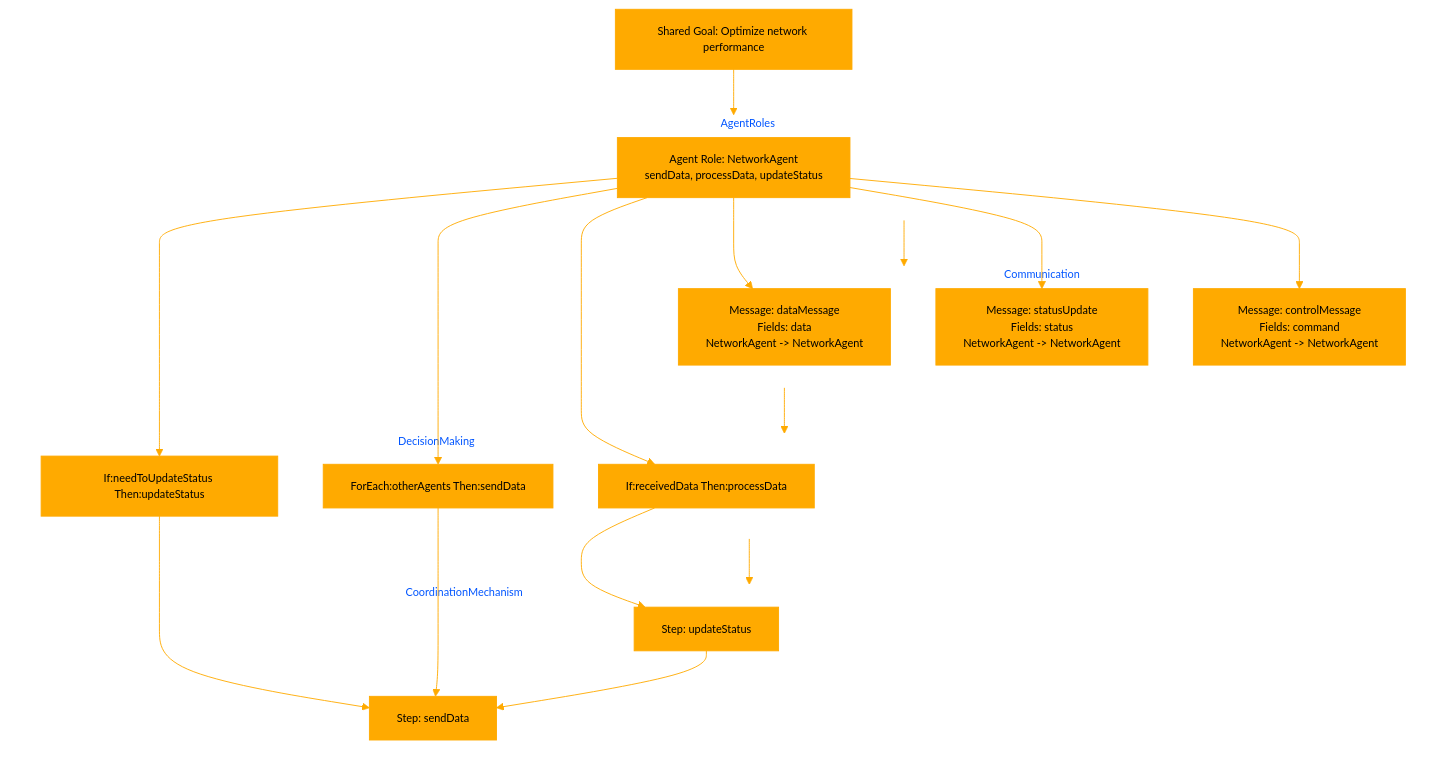
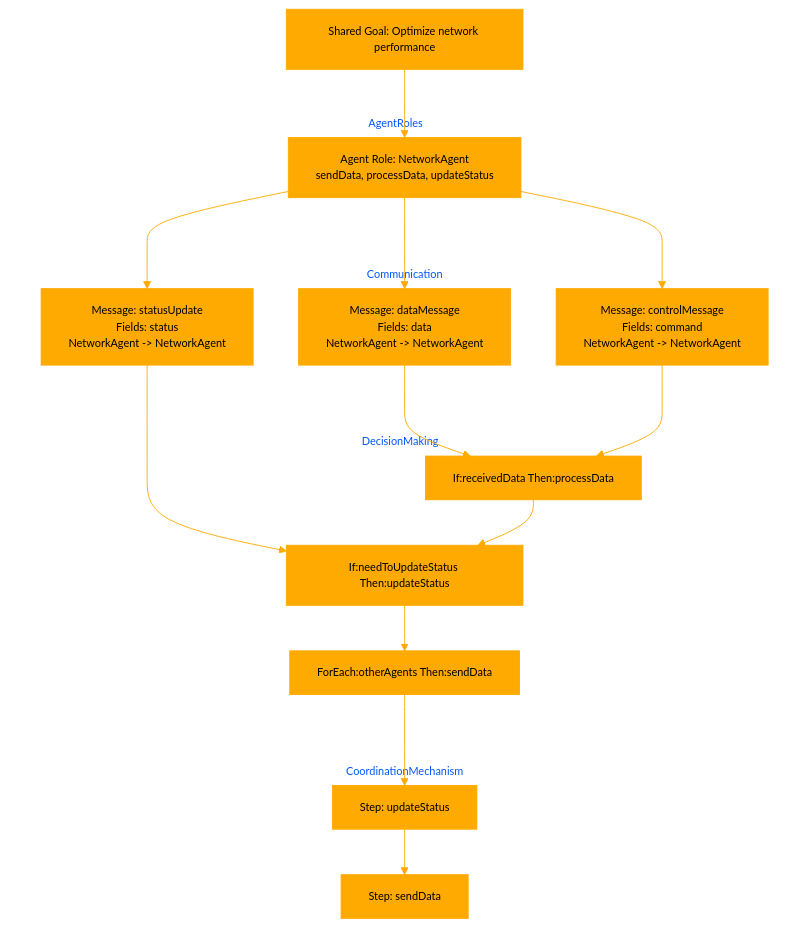
One commit to EveryOneIsGross/GPTs changed the diagram in flowCONSTRUCT.md. Above: the diagram before and after it, drawn with Mermaid.

````diff
--- a/flowCONSTRUCT.md
+++ b/flowCONSTRUCT.md
@@ -203,45 +203,40 @@
 ```mermaid
 %%{init: {'theme': 'base', 'themeVariables': { 'primaryColor': '#ffaa00', 'primaryTextColor': '#000000', 'primaryBorderColor': '#ffaa00', 'lineColor': '#ffaa00', 'secondaryColor': '#ffaa00', 'tertiaryColor': '#ffaa00', 'clusterBkg': 'none', 'clusterBorder': 'none', 'fontSize': '12px'}}}%%
 
 graph TD
 
 SharedGoal["Shared Goal: Optimize network performance"]
 
 subgraph AgentRoles
 NetworkAgent["Agent Role: NetworkAgent<br/>sendData, processData, updateStatus"]
 end
 
 subgraph Communication
 DataMessage["Message: dataMessage<br/>Fields: data<br/>NetworkAgent -> NetworkAgent"]
 StatusUpdate["Message: statusUpdate<br/>Fields: status<br/>NetworkAgent -> NetworkAgent"]
 ControlMessage["Message: controlMessage<br/>Fields: command<br/>NetworkAgent -> NetworkAgent"]
 end
 
 subgraph DecisionMaking
 ProcessData["If:receivedData Then:processData"]
 UpdateStatus["If:needToUpdateStatus Then:updateStatus"]
 SendData["ForEach:otherAgents Then:sendData"]
 end
 
 subgraph CoordinationMechanism
 UpdateStatusStep["Step: updateStatus"]
 SendDataStep["Step: sendData"]
 end
 
-SharedGoal --> AgentRoles
-AgentRoles --> Communication
-Communication --> DecisionMaking
-DecisionMaking --> CoordinationMechanism
-
+SharedGoal --> NetworkAgent
 NetworkAgent --> DataMessage
 NetworkAgent --> StatusUpdate
 NetworkAgent --> ControlMessage
-NetworkAgent --> ProcessData
-NetworkAgent --> UpdateStatus
-NetworkAgent --> SendData
-
-ProcessData --> UpdateStatusStep
-UpdateStatus --> SendDataStep
-SendData --> SendDataStep
+DataMessage --> ProcessData
+StatusUpdate --> UpdateStatus
+ControlMessage --> ProcessData
+ProcessData --> UpdateStatus
+UpdateStatus --> SendData
+SendData --> UpdateStatusStep
 UpdateStatusStep --> SendDataStep
 ```
````
